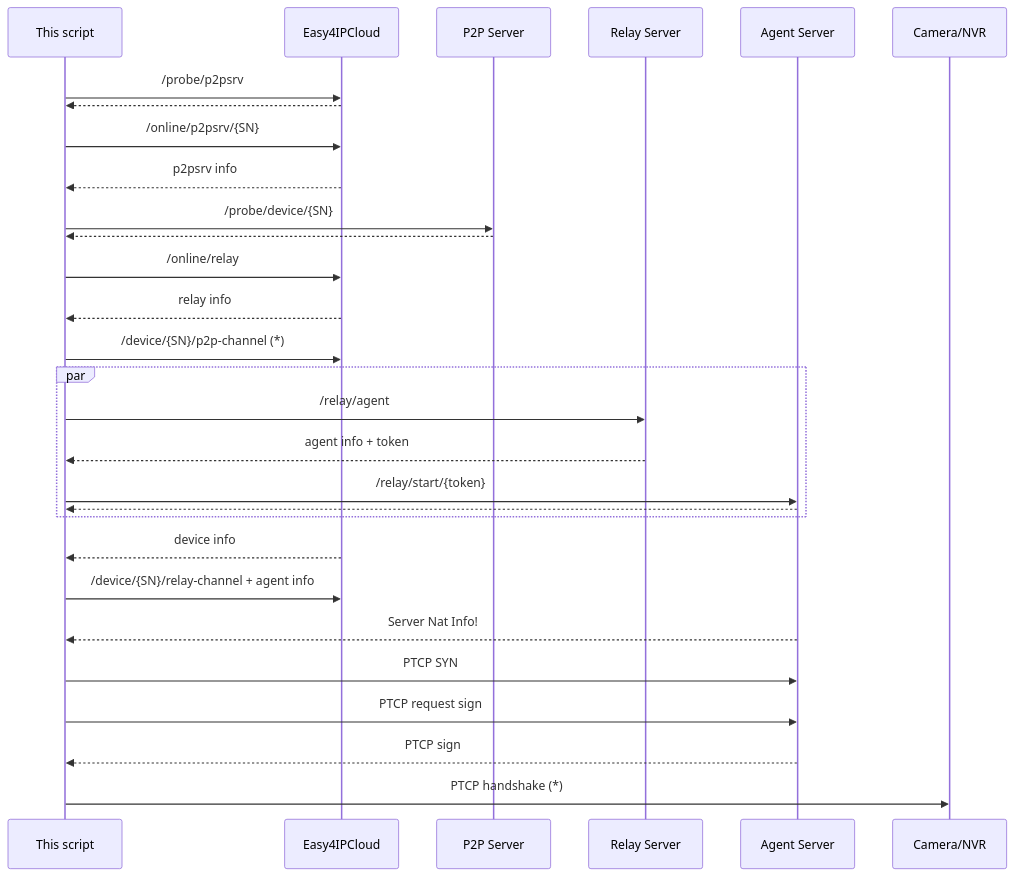
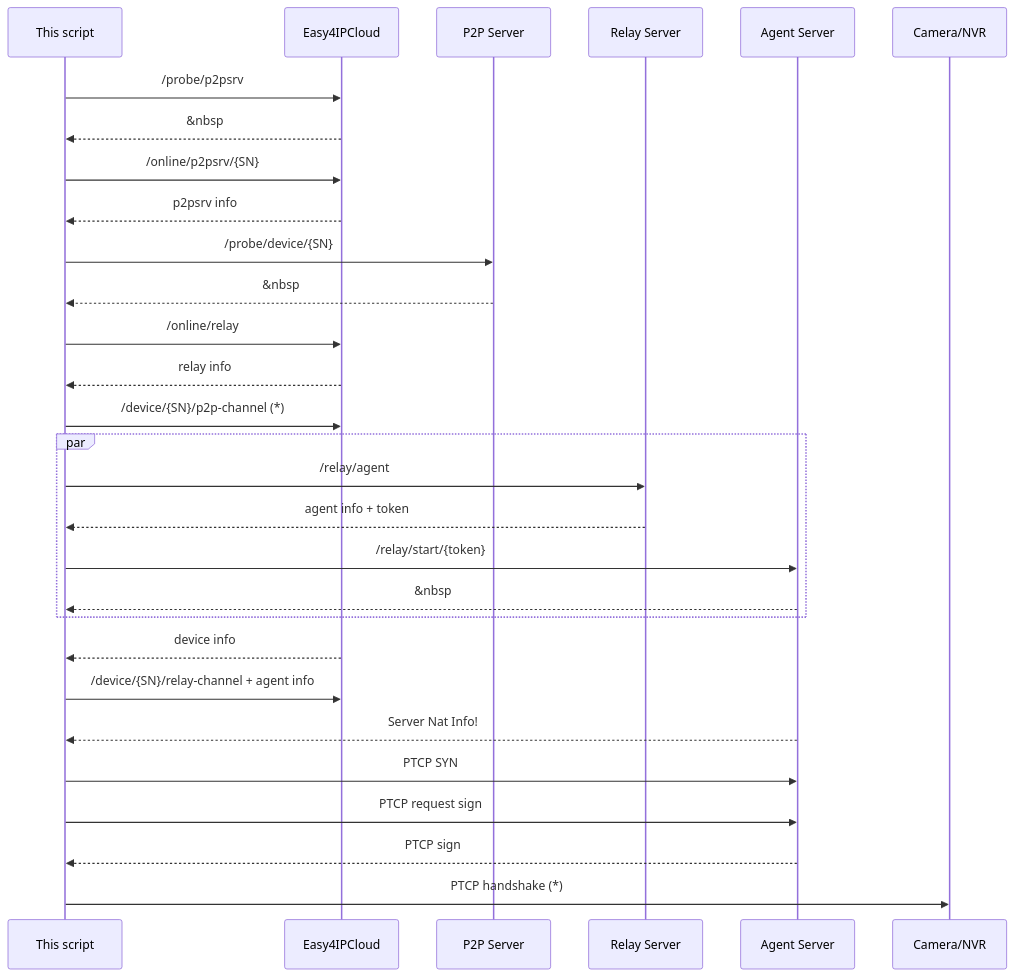
The third of 3 diagrams in README.md (khoanguyen-3fc/dh-p2p), drawn with Mermaid before and after one commit. The commit also changed other lines of this file, not shown here.

````diff
--- a/README.md
+++ b/README.md
@@ -104,40 +107,40 @@
 ```mermaid
 sequenceDiagram
   participant A as This script
   participant B as Easy4IPCloud
   participant C1 as P2P Server
   participant C2 as Relay Server
   participant C3 as Agent Server
   participant D as Camera/NVR
 
   A->>B: /probe/p2psrv
-  B-->>A:
+  B-->>A: &nbsp;
   A->>B: /online/p2psrv/{SN}
   B-->>A: p2psrv info
 
   A->>C1: /probe/device/{SN}
-  C1-->>A:
+  C1-->>A: &nbsp;
 
   A->>B: /online/relay
   B-->>A: relay info
 
   A->>B: /device/{SN}/p2p-channel (*)
 
   par
     A->>C2: /relay/agent
     C2-->>A: agent info + token
     A->>C3: /relay/start/{token}
-    C3-->>A:
+    C3-->>A: &nbsp;
   end
 
   B-->>A: device info
 
   A->>B: /device/{SN}/relay-channel + agent info
 
   C3-->>A: Server Nat Info!
   A->>C3: PTCP SYN
   A->>C3: PTCP request sign
   C3-->>A: PTCP sign
 
   A->>D: PTCP handshake (*)
 ```
````
